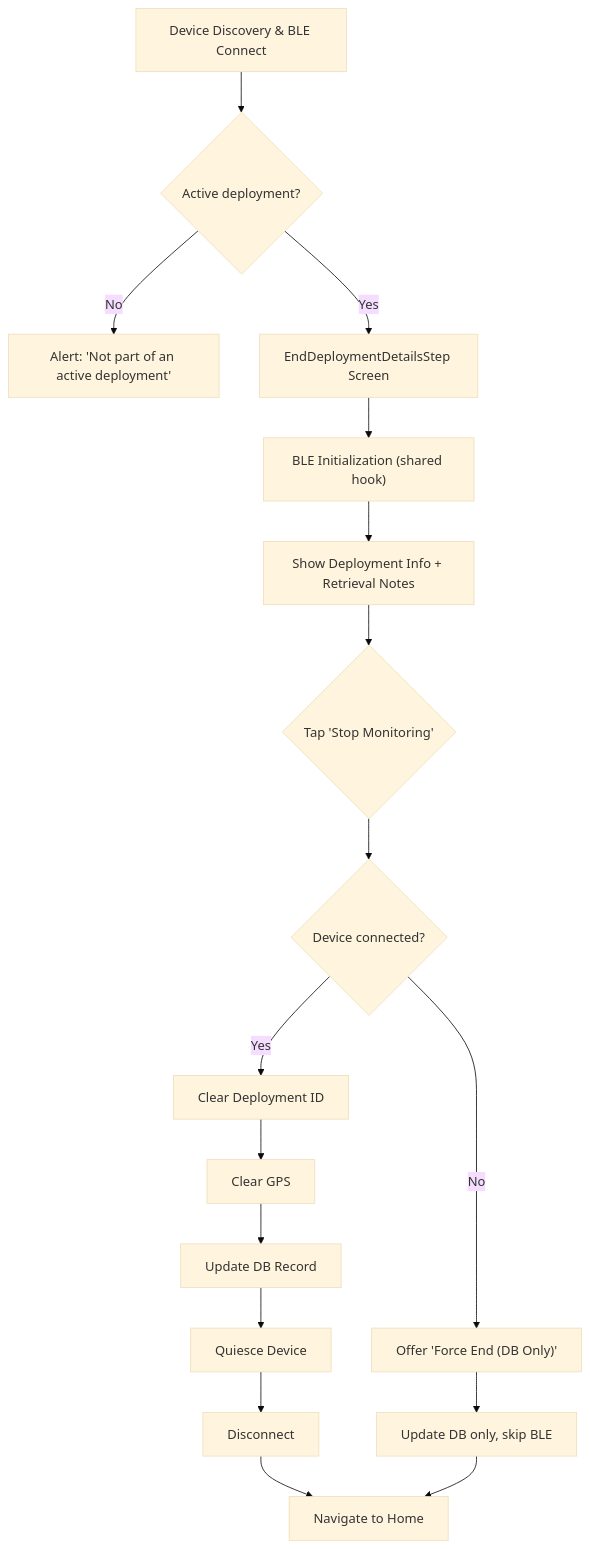
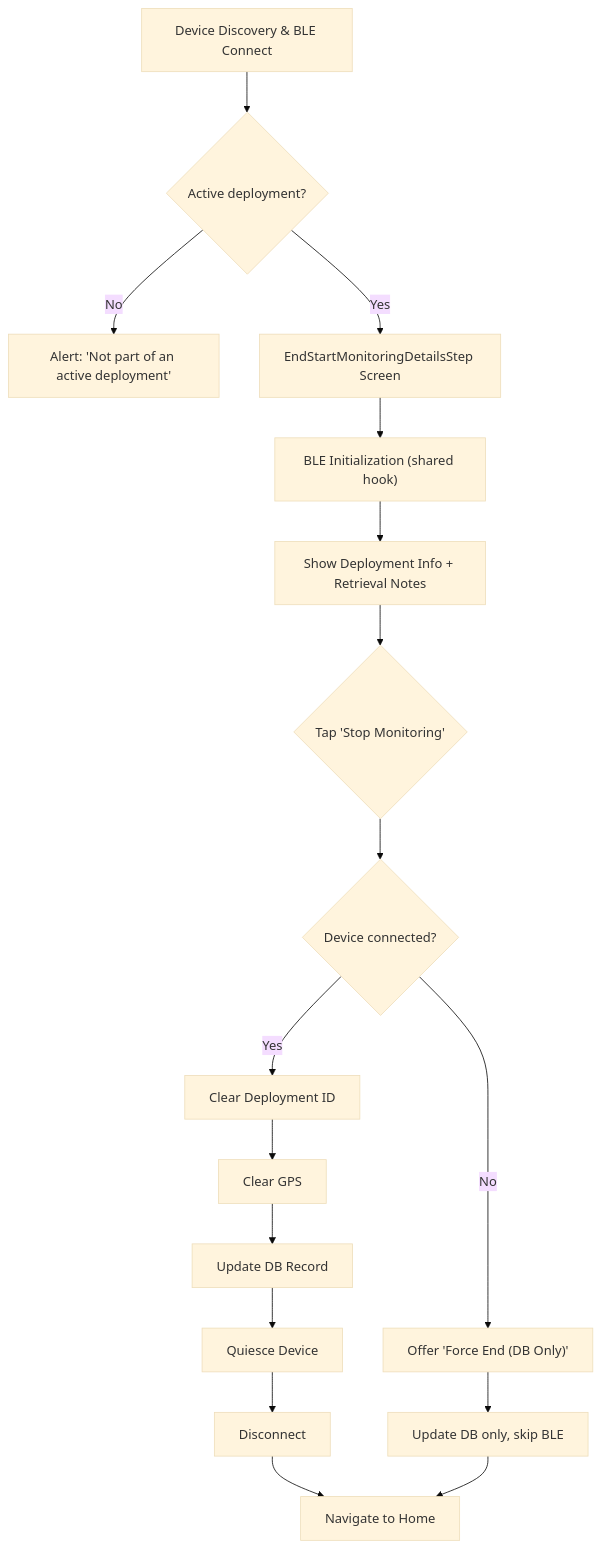
The third of 3 diagrams in documentation/onboarding/04-DEVICE-FLOWS.md (wildlifeai/ww-mobile-app), drawn with Mermaid (base theme) before and after one commit. The commit also changed other lines of this file and 12 other files, not shown here.

First line of the commit message:
refactor(deployments): rename Start/End deployment to Start/Stop monitoring

````diff
--- a/documentation/onboarding/04-DEVICE-FLOWS.md
+++ b/documentation/onboarding/04-DEVICE-FLOWS.md
@@ -148,21 +148,21 @@
 ```mermaid
 flowchart TD
     A["Device Discovery & BLE Connect"] --> B{"Active deployment?"}
     B -- No --> C["Alert: 'Not part of an active deployment'"]
-    B -- Yes --> D["EndDeploymentDetailsStep Screen"]
+    B -- Yes --> D["EndStartMonitoringDetailsStep Screen"]
     
     D --> E["BLE Initialization (shared hook)"]
     E --> F["Show Deployment Info + Retrieval Notes"]
     F --> G{"Tap 'Stop Monitoring'"}
     G --> H{"Device connected?"}
     H -- No --> I["Offer 'Force End (DB Only)'"]
     H -- Yes --> J["Clear Deployment ID"]
     J --> K["Clear GPS"]
     K --> L["Update DB Record"]
     L --> M["Quiesce Device"]
     M --> N["Disconnect"]
     N --> O["Navigate to Home"]
     
     I --> P["Update DB only, skip BLE"]
     P --> O
 ```
````
